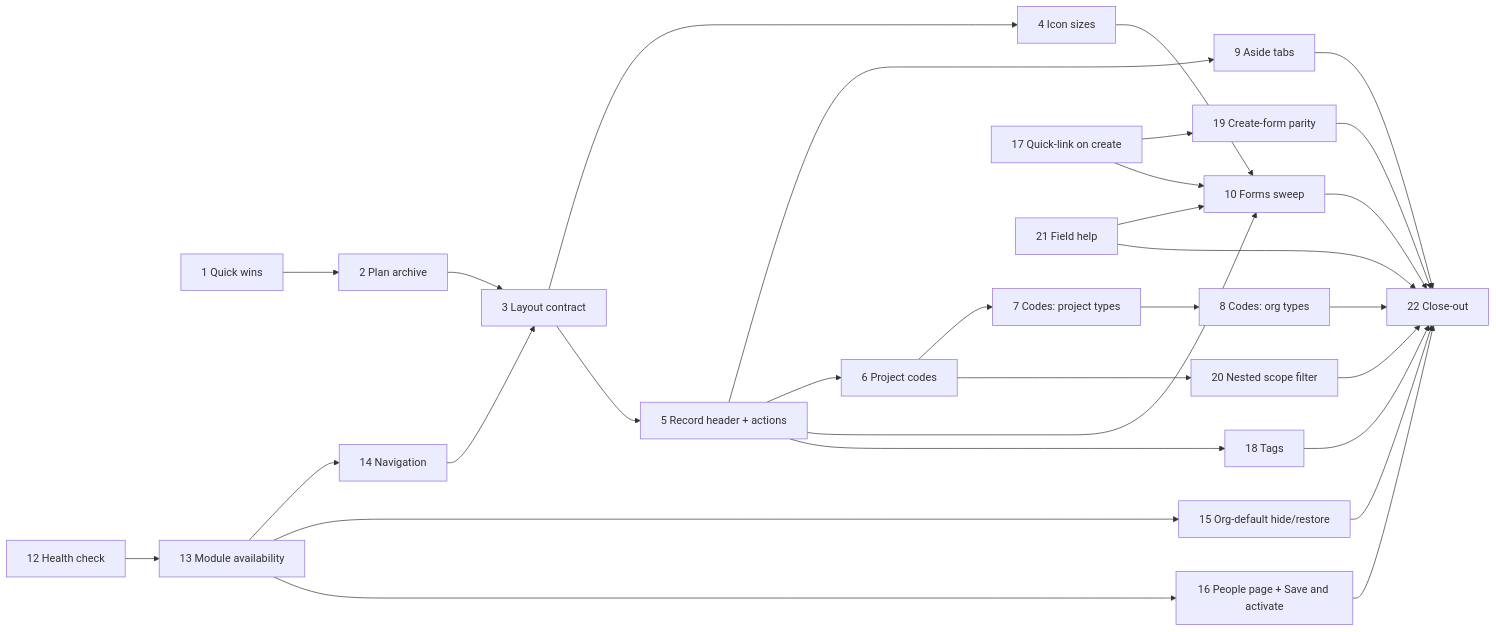
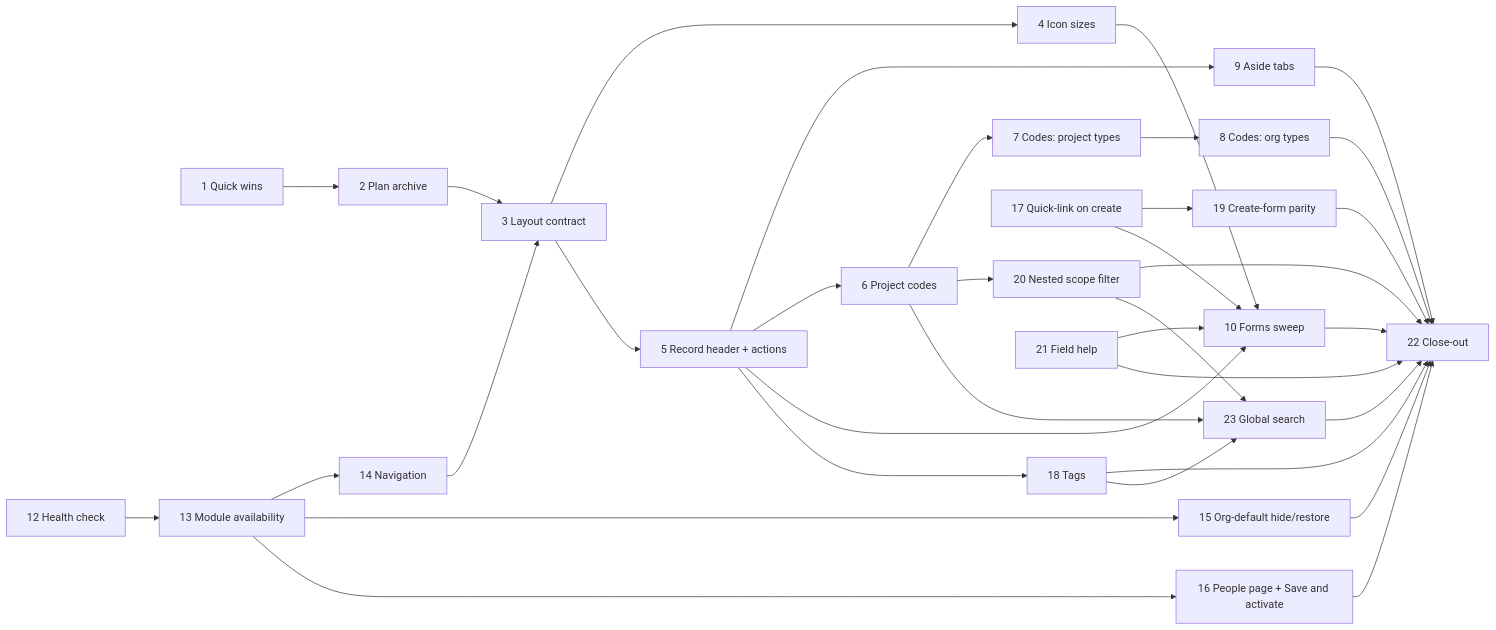
Before and after one commit to ballardr/reqtrackmanager: the first of 3 diagrams in docs/plans/platform-review-2026-10-plan.md, drawn with Mermaid. The commit also changed other lines of this file and 99 other files, not shown here.

````diff
--- a/docs/plans/platform-review-2026-10-plan.md
+++ b/docs/plans/platform-review-2026-10-plan.md
@@ -34,28 +35,32 @@
 ```mermaid
 flowchart LR
     P1["1 Quick wins"] --> P2["2 Plan archive"] --> P3["3 Layout contract"]
     P3 --> P4["4 Icon sizes"]
     P3 --> P5["5 Record header + actions"]
     P5 --> P9["9 Aside tabs"]
     P5 --> P6["6 Project codes"]
     P6 --> P7["7 Codes: project types"] --> P8["8 Codes: org types"]
     P4 --> P10["10 Forms sweep"]
     P5 --> P10
     P9 --> P22["22 Close-out"]
     P10 --> P22
     P8 --> P22
     P12["12 Health check"] --> P13["13 Module availability"] --> P14["14 Navigation"] --> P3
     P13 --> P15["15 Org-default hide/restore"]
     P13 --> P16["16 People page + Save and activate"]
     P5 --> P18["18 Tags"]
     P17["17 Quick-link on create"] --> P19["19 Create-form parity"]
     P6 --> P20["20 Nested scope filter"]
     P21["21 Field help"] --> P10
     P15 --> P22
     P16 --> P22
     P18 --> P22
     P19 --> P22
     P20 --> P22
     P21 --> P22
     P17 --> P10
+    P6 --> P23["23 Global search"]
+    P18 --> P23
+    P20 --> P23
+    P23 --> P22
 ```
````
